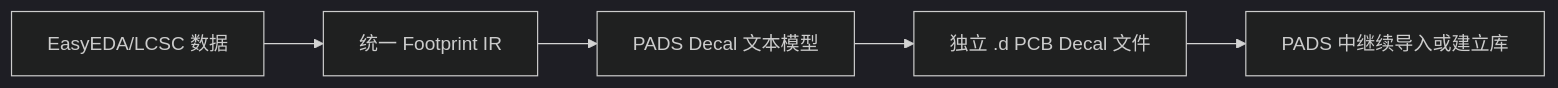
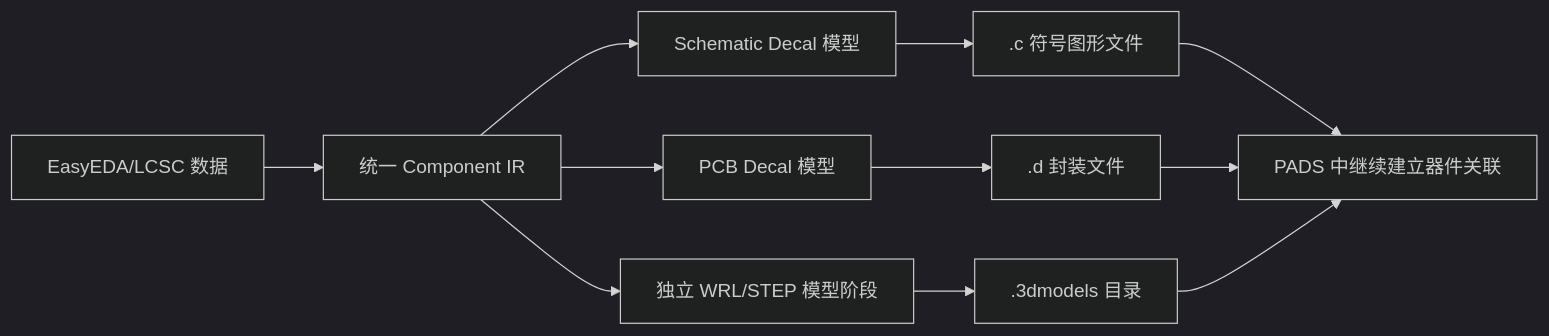
One commit to EasyKiconverter/EasyKiConverter changed the diagram in docs/developer/PADS_EXPORT.md. Above: the diagram before and after it, drawn with Mermaid (dark theme). The commit also changed other lines of this file and 19 other files, not shown here.

````diff
--- a/docs/developer/PADS_EXPORT.md
+++ b/docs/developer/PADS_EXPORT.md
@@ -7,7 +7,13 @@
 ```mermaid
 flowchart LR
-    EasyEDA[EasyEDA/LCSC 数据] --> IR[统一 Footprint IR]
-    IR --> Model[PADS Decal 文本模型]
-    Model --> Decal[独立 .d PCB Decal 文件]
-    Decal --> PADS[PADS 中继续导入或建立库]
+    EasyEDA[EasyEDA/LCSC 数据] --> IR[统一 Component IR]
+    IR --> Sch[Schematic Decal 模型]
+    IR --> Pcb[PCB Decal 模型]
+    IR --> Model3D[独立 WRL/STEP 模型阶段]
+    Sch --> C[.c 符号图形文件]
+    Pcb --> D[.d 封装文件]
+    Model3D --> Models[.3dmodels 目录]
+    C --> PADS[PADS 中继续建立器件关联]
+    D --> PADS
+    Models --> PADS
 ```
````
